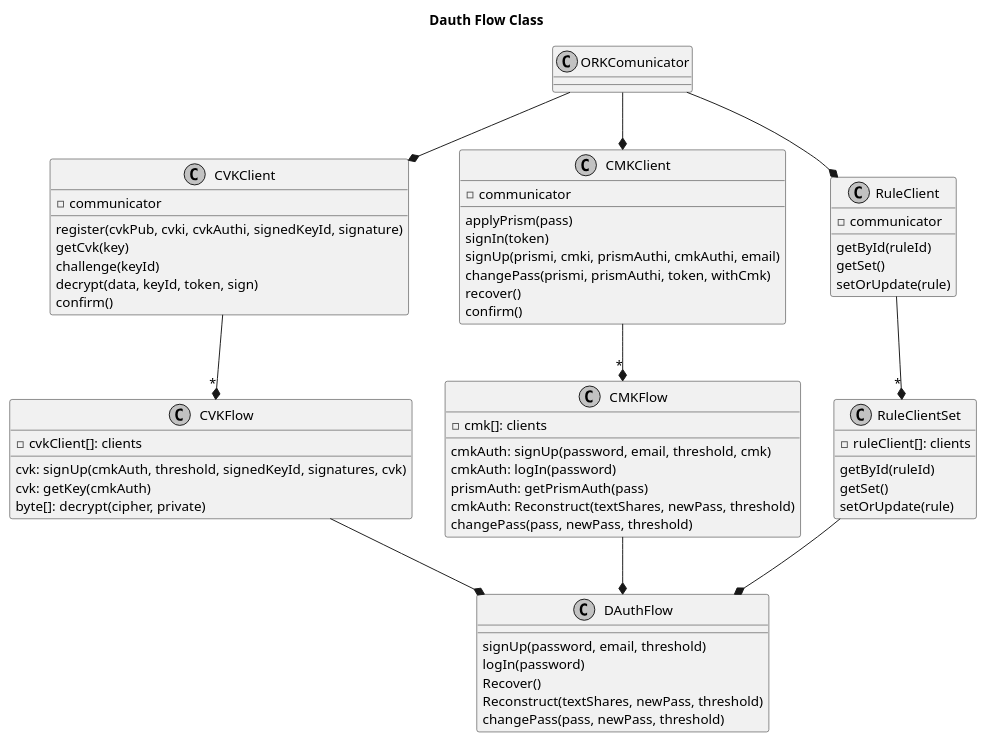
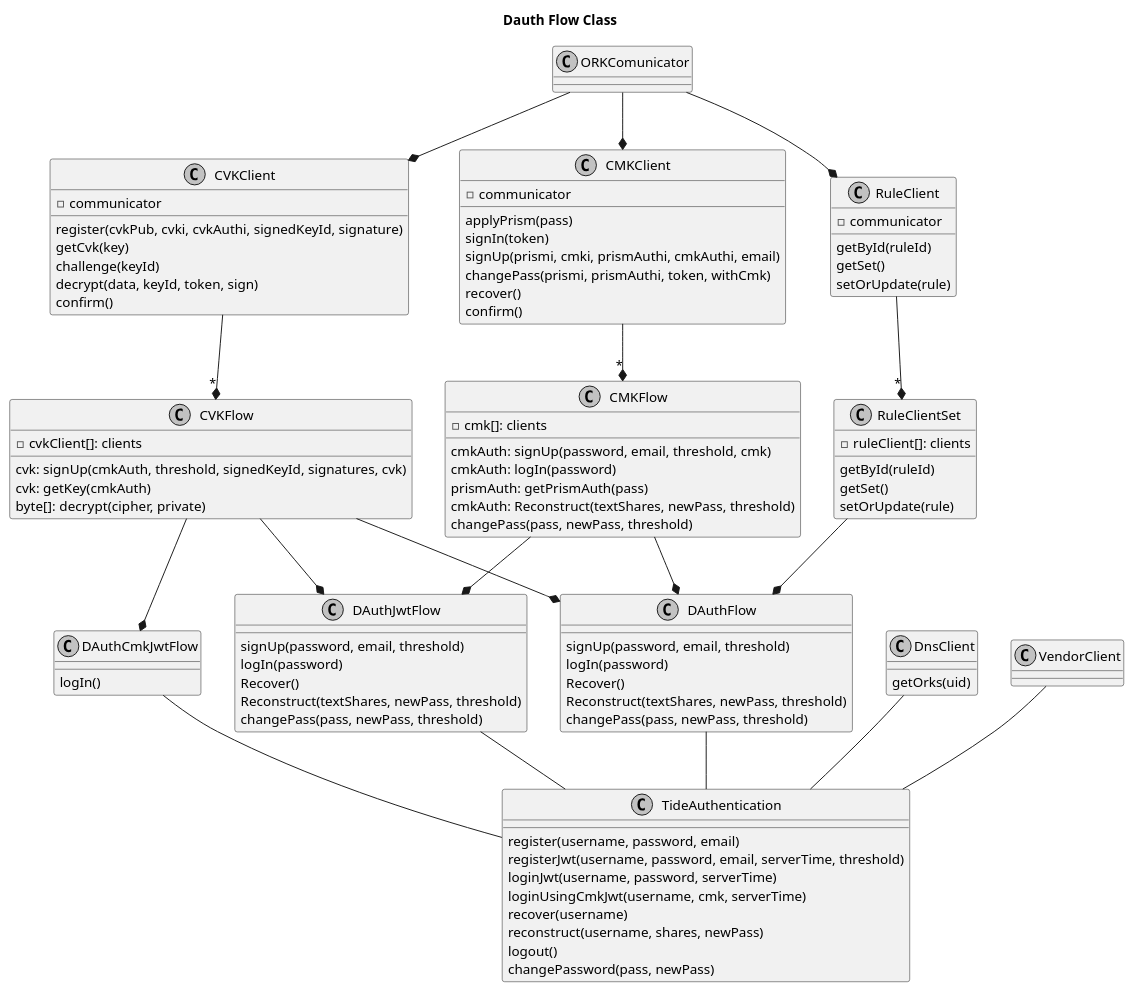
The diagram in diagrams/src/dauthFlowClass.wsd (tide-foundation/Tide-Protocol), drawn with PlantUML before and after one commit. The commit also changed 2 other files, not shown here.

Commit message:
update dauthFlow diagram

```diff
--- a/diagrams/src/dauthFlowClass.wsd
+++ b/diagrams/src/dauthFlowClass.wsd
@@ -1,87 +1,130 @@
 @startuml dAuthFlowClass
 skinparam monochrome true
 
 title Dauth Flow Class
 class "ORKComunicator" as com
 class "CVKClient" as cvk
 class "CMKClient" as cmk
 class "RuleClient" as rule
 class "CMKFlow" as cmkFlow
 class "CVKFlow" as cvkFlow
 class "RuleClientSet" as ruleSet
 class "DAuthFlow" as dauth
+class "DAuthCmkJwtFlow" as dcmk
+class "DAuthJwtFlow" as djwt
+class "TideAuthentication" as tide
+class "DnsClient" as dns
+class "VendorClient" as vendor
 
 com --* cvk
 com --* cmk
 com --* rule
 
 cmk --* "*" cmkFlow
 cvk --* "*" cvkFlow
 rule --* "*" ruleSet
 
- cmkFlow --* dauth
- cvkFlow --* dauth
- ruleSet --* dauth
+cmkFlow --* dauth
+cvkFlow --* dauth
+ruleSet --* dauth
+
+cmkFlow --* djwt
+cvkFlow --* djwt
+
+cvkFlow --* dcmk
+
+djwt -- tide
+dcmk -- tide
+dauth -- tide
+dns -- tide
+vendor -- tide
+
+class dns {
+  getOrks(uid)
+}
+
+class djwt {
+  signUp(password, email, threshold)
+  logIn(password)
+  Recover()
+  Reconstruct(textShares, newPass, threshold)
+  changePass(pass, newPass, threshold)
+}
+
+class dcmk {
+  logIn()
+}
+
+class tide {
+  register(username, password, email)
+  registerJwt(username, password, email, serverTime, threshold)
+  loginJwt(username, password, serverTime)
+  loginUsingCmkJwt(username, cmk, serverTime)
+  recover(username)
+  reconstruct(username, shares, newPass)
+  logout()
+  changePassword(pass, newPass)
+}
 
 class cmk {
   -communicator
   applyPrism(pass)
   signIn(token)
   signUp(prismi, cmki, prismAuthi, cmkAuthi, email)
   changePass(prismi, prismAuthi, token, withCmk)
   recover()
   confirm()
 
 }
 
 class cvk {
   -communicator
   register(cvkPub, cvki, cvkAuthi, signedKeyId, signature)
   getCvk(key)
   challenge(keyId)
   decrypt(data, keyId, token, sign)
   confirm()
 }
 
 class rule {
   -communicator
   getById(ruleId)
   getSet()
   setOrUpdate(rule)
 }
 
 
 class cmkFlow {
   - cmk[]: clients
   cmkAuth: signUp(password, email, threshold, cmk)
   cmkAuth: logIn(password)
   prismAuth: getPrismAuth(pass)
   cmkAuth: Reconstruct(textShares, newPass, threshold)
   changePass(pass, newPass, threshold)
 }
 
 class cvkFlow {
   - cvkClient[]: clients
   cvk: signUp(cmkAuth, threshold, signedKeyId, signatures, cvk)
   cvk: getKey(cmkAuth)
   byte[]: decrypt(cipher, private)
 }
 
 class ruleSet {
   - ruleClient[]: clients
   getById(ruleId)
   getSet()
   setOrUpdate(rule)
 }
 
 
 class dauth {
   
   signUp(password, email, threshold)
   logIn(password)
   Recover()
   Reconstruct(textShares, newPass, threshold)
   changePass(pass, newPass, threshold)
 }
 
 @enduml
```
